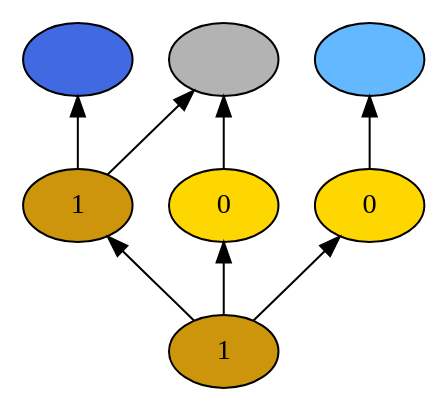
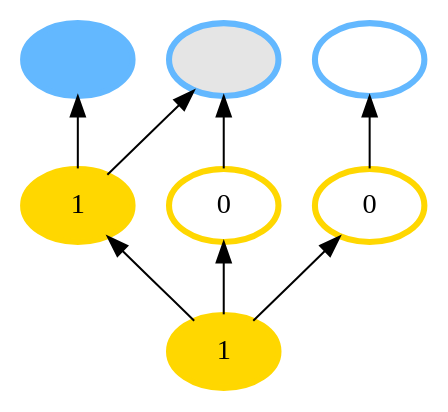
One commit to probcomp/Venturecxx changed the diagram in backend/cxx/pdf_graphs/tutorial_1/dot17.dot. Above: the diagram before and after it, drawn with Graphviz. The commit also changed 54 other files, not shown here.

```diff
--- a/backend/cxx/pdf_graphs/tutorial_1/dot17.dot
+++ b/backend/cxx/pdf_graphs/tutorial_1/dot17.dot
@@ -1,18 +1,18 @@
 digraph {
 rankdir=BT
 fontsize=24
-1["shape" ="ellipse" "style" ="filled" "fillcolor" ="darkgoldenrod3" "label" ="1" ]
-2["shape" ="ellipse" "style" ="filled" "fillcolor" ="darkgoldenrod3" "label" ="1" ]
-3["shape" ="ellipse" "style" ="filled" "fillcolor" ="gold" "label" ="0" ]
-4["shape" ="ellipse" "style" ="filled" "fillcolor" ="gold" "label" ="0" ]
-5["shape" ="ellipse" "style" ="filled" "fillcolor" ="royalblue" "label" ="" ]
-6["shape" ="ellipse" "style" ="filled" "fillcolor" ="grey70" "label" ="" ]
-7["shape" ="ellipse" "style" ="filled" "fillcolor" ="steelblue1" "label" ="" ]
+1["style" ="filled" "color" ="gold" "label" ="1" "shape" ="ellipse" "fillcolor" ="gold" "penwidth" ="3" ]
+2["style" ="filled" "color" ="gold" "label" ="1" "shape" ="ellipse" "fillcolor" ="gold" "penwidth" ="3" ]
+3["style" ="filled" "color" ="gold" "label" ="0" "shape" ="ellipse" "fillcolor" ="white" "penwidth" ="3" ]
+4["style" ="filled" "color" ="gold" "label" ="0" "shape" ="ellipse" "fillcolor" ="white" "penwidth" ="3" ]
+5["style" ="filled" "color" ="steelblue1" "label" ="" "shape" ="ellipse" "fillcolor" ="steelblue1" "penwidth" ="3" ]
+6["style" ="filled" "color" ="steelblue1" "label" ="" "shape" ="ellipse" "fillcolor" ="grey90" "penwidth" ="3" ]
+7["style" ="filled" "color" ="steelblue1" "label" ="" "shape" ="ellipse" "fillcolor" ="white" "penwidth" ="3" ]
 1 -> 2["color" ="black" "style" ="solid" "arrowhead" ="normal" ]
 1 -> 3["color" ="black" "style" ="solid" "arrowhead" ="normal" ]
 1 -> 4["color" ="black" "style" ="solid" "arrowhead" ="normal" ]
 2 -> 5["color" ="black" "style" ="solid" "arrowhead" ="normal" ]
 2 -> 6["color" ="black" "style" ="solid" "arrowhead" ="normal" ]
 3 -> 6["color" ="black" "style" ="solid" "arrowhead" ="normal" ]
 4 -> 7["color" ="black" "style" ="solid" "arrowhead" ="normal" ]
 }
```
